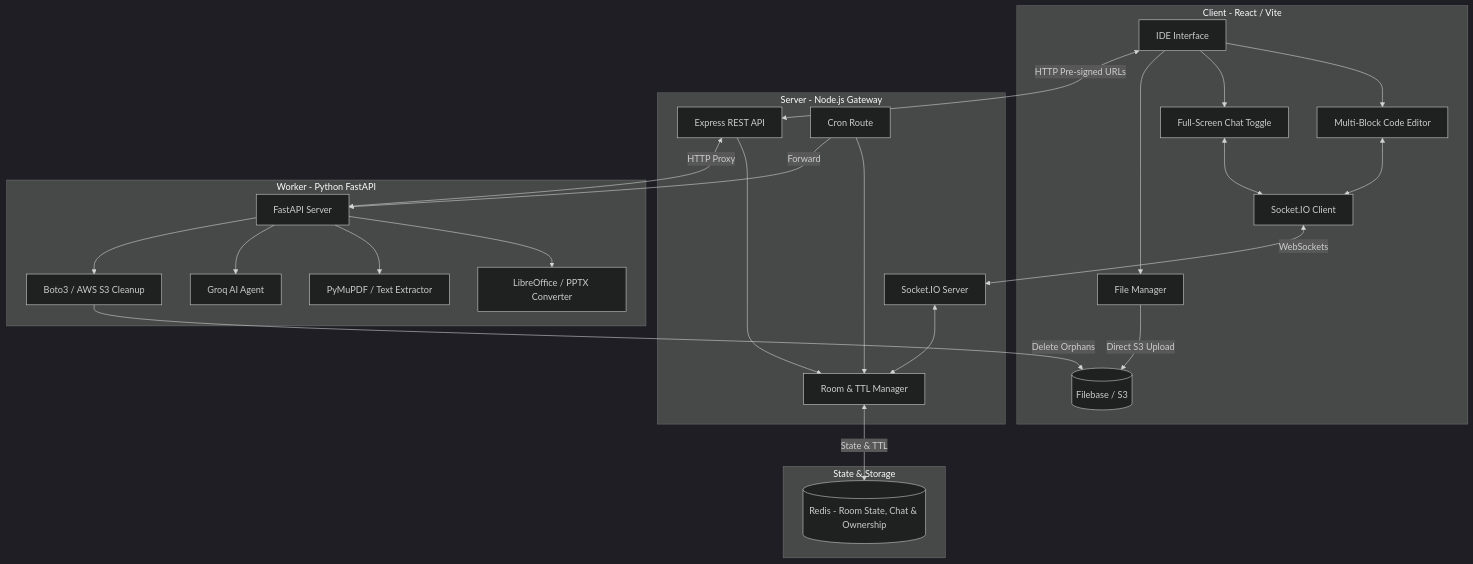
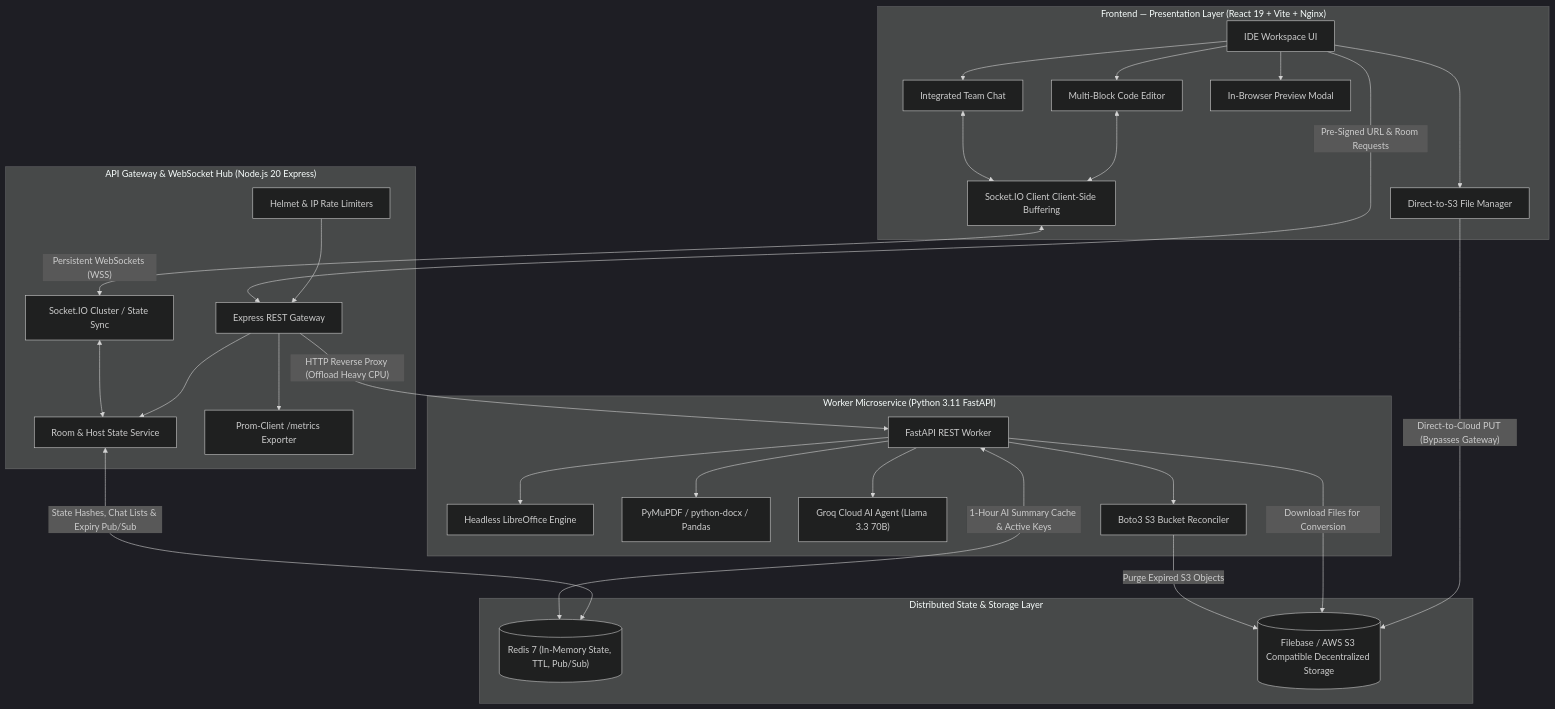
One commit to Gaurravvvv/CodeShare changed the first of 6 diagrams in README.md. Above: the diagram before and after it, drawn with Mermaid (dark theme). The commit also changed other lines of this file, not shown here.

Commit message:
docs: comprehensive update to README architecture, workflows, and devops guide

````diff
--- a/README.md
+++ b/README.md
@@ -11,53 +84,59 @@
 ```mermaid
 graph TD
-    subgraph Frontend ["Client - React / Vite"]
-        UI[IDE Interface]
-        Editor[Multi-Block Code Editor]
-        Chat[Full-Screen Chat Toggle]
-        FileMan[File Manager]
-        SocketClient[Socket.IO Client]
+    subgraph Presentation_Tier ["Frontend — Presentation Layer (React 19 + Vite + Nginx)"]
+        UI["IDE Workspace UI"]
+        Editor["Multi-Block Code Editor"]
+        Chat["Integrated Team Chat"]
+        FileManager["Direct-to-S3 File Manager"]
+        PreviewModal["In-Browser Preview Modal"]
+        SocketClient["Socket.IO Client Client-Side Buffering"]
         
         UI --> Editor
         UI --> Chat
-        UI --> FileMan
+        UI --> FileManager
+        UI --> PreviewModal
         Editor <--> SocketClient
         Chat <--> SocketClient
-        FileMan -->|Direct S3 Upload| Storage[(Filebase / S3)]
     end
 
-    subgraph Backend ["Server - Node.js Gateway"]
-        API[Express REST API]
-        CronCleanup[Cron Route]
-        SocketServer[Socket.IO Server]
-        RoomService[Room & TTL Manager]
+    subgraph Gateway_Tier ["API Gateway & WebSocket Hub (Node.js 20 Express)"]
+        APIGateway["Express REST Gateway"]
+        SocketHub["Socket.IO Cluster / State Sync"]
+        RoomMgr["Room & Host State Service"]
+        RateLimiter["Helmet & IP Rate Limiters"]
+        PromMetrics["Prom-Client /metrics Exporter"]
         
-        API --> RoomService
-        CronCleanup --> RoomService
-        SocketServer <--> RoomService
+        RateLimiter --> APIGateway
+        APIGateway --> RoomMgr
+        SocketHub <--> RoomMgr
+        APIGateway --> PromMetrics
     end
 
-    subgraph Microservice ["Worker - Python FastAPI"]
-        FastAPI[FastAPI Server]
-        LibreOffice[LibreOffice / PPTX Converter]
-        PyMuPDF[PyMuPDF / Text Extractor]
-        Groq[Groq AI Agent]
-        Boto3[Boto3 / AWS S3 Cleanup]
+    subgraph Compute_Worker ["Worker Microservice (Python 3.11 FastAPI)"]
+        FastAPIApp["FastAPI REST Worker"]
+        LibreOfficeCLI["Headless LibreOffice Engine"]
+        DocExtractors["PyMuPDF / python-docx / Pandas"]
+        GroqAgent["Groq Cloud AI Agent (Llama 3.3 70B)"]
+        Boto3Reconciler["Boto3 S3 Bucket Reconciler"]
 
-        FastAPI --> LibreOffice
-        FastAPI --> PyMuPDF
-        FastAPI --> Groq
-        FastAPI --> Boto3
+        FastAPIApp --> LibreOfficeCLI
+        FastAPIApp --> DocExtractors
+        FastAPIApp --> GroqAgent
+        FastAPIApp --> Boto3Reconciler
     end
 
-    subgraph Storage_Layer ["State & Storage"]
-        Redis[(Redis - Room State, Chat & Ownership)]
-        Storage
+    subgraph Storage_Tier ["Distributed State & Storage Layer"]
+        RedisCluster[("Redis 7 (In-Memory State, TTL, Pub/Sub)")]
+        S3Storage[("Filebase / AWS S3 Compatible Decentralized Storage")]
     end
 
-    SocketClient <-->|WebSockets| SocketServer
-    UI <-->|HTTP Pre-signed URLs| API
-    API <-->|HTTP Proxy| FastAPI
-    CronCleanup -->|Forward| FastAPI
-    Boto3 -->|Delete Orphans| Storage
-    RoomService <-->|State & TTL| Redis
+    %% Network Connections
+    SocketClient <-->|"Persistent WebSockets (WSS)"| SocketHub
+    FileManager -->|"Direct-to-Cloud PUT (Bypasses Gateway)"| S3Storage
+    UI -->|"Pre-Signed URL & Room Requests"| APIGateway
+    APIGateway -->|"HTTP Reverse Proxy (Offload Heavy CPU)"| FastAPIApp
+    RoomMgr <-->|"State Hashes, Chat Lists & Expiry Pub/Sub"| RedisCluster
+    FastAPIApp <-->|"1-Hour AI Summary Cache & Active Keys"| RedisCluster
+    FastAPIApp -->|"Download Files for Conversion"| S3Storage
+    Boto3Reconciler -->|"Purge Expired S3 Objects"| S3Storage
 ```
````
